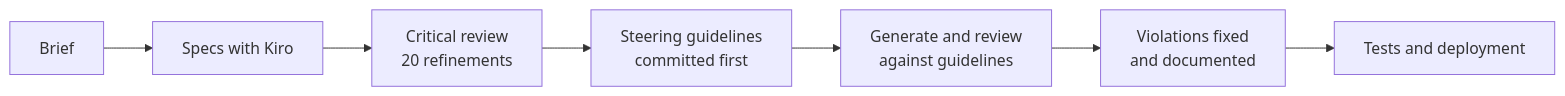
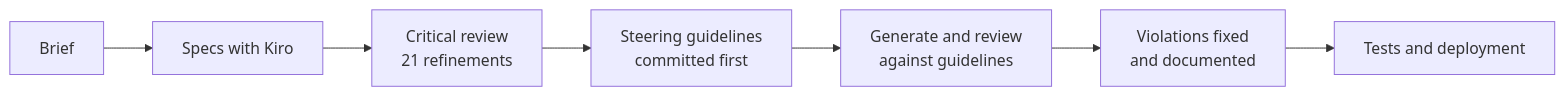
Before and after one commit to Revou-FSSE-Jun26/module-4-jimWilliam: the second of 2 diagrams in README.md, drawn with Mermaid. The commit also changed other lines of this file and 63 other files, not shown here.

````diff
--- a/README.md
+++ b/README.md
@@ -219,4 +230,4 @@
 ```mermaid
 flowchart LR
-    A[Brief] --> B[Specs with Kiro] --> C[Critical review<br/>20 refinements] --> D[Steering guidelines<br/>committed first] --> E[Generate and review<br/>against guidelines] --> F[Violations fixed<br/>and documented] --> G[Tests and deployment]
+    A[Brief] --> B[Specs with Kiro] --> C[Critical review<br/>21 refinements] --> D[Steering guidelines<br/>committed first] --> E[Generate and review<br/>against guidelines] --> F[Violations fixed<br/>and documented] --> G[Tests and deployment]
 ```
````
